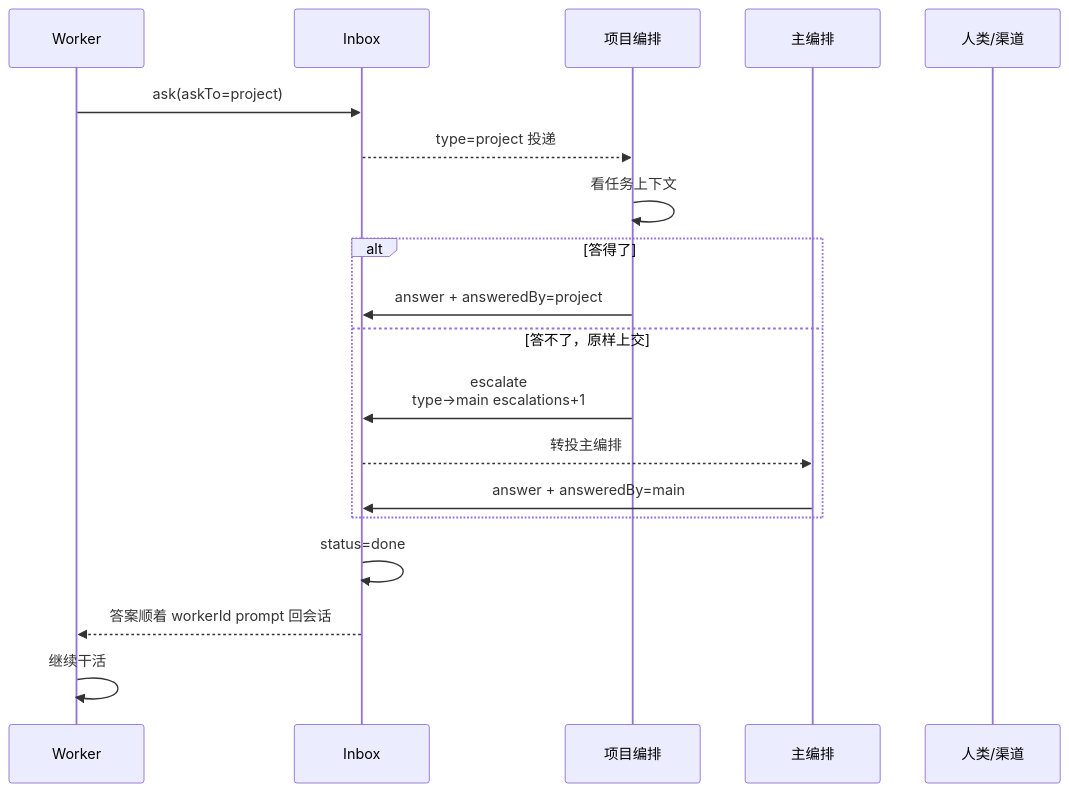
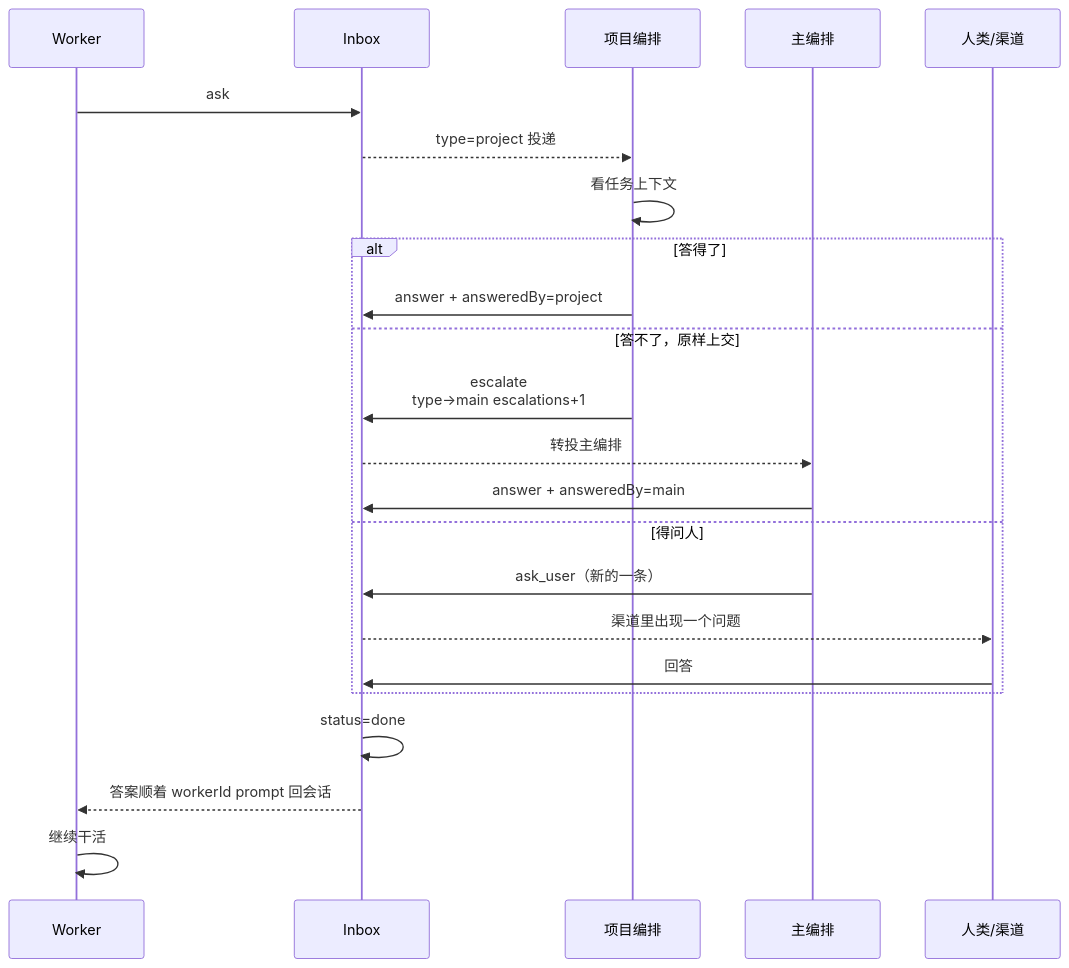
The ninth of 18 diagrams in docs/flow.md (hairyf/dsh-nexus), drawn with Mermaid before and after one commit. The commit also changed other lines of this file and 7 other files, not shown here.

````diff
--- a/docs/flow.md
+++ b/docs/flow.md
@@ -280,22 +300,26 @@
 ```mermaid
 sequenceDiagram
     participant W as Worker
     participant DB as Inbox
     participant P as 项目编排
     participant M as 主编排
     participant U as 人类/渠道
 
-    W->>DB: ask(askTo=project)
+    W->>DB: ask
     DB-->>P: type=project 投递
     P->>P: 看任务上下文
     alt 答得了
         P->>DB: answer + answeredBy=project
     else 答不了，原样上交
         P->>DB: escalate<br/>type→main escalations+1
         DB-->>M: 转投主编排
         M->>DB: answer + answeredBy=main
+    else 得问人
+        M->>DB: ask_user（新的一条）
+        DB-->>U: 渠道里出现一个问题
+        U->>DB: 回答
     end
     DB->>DB: status=done
     DB-->>W: 答案顺着 workerId prompt 回会话
     W->>W: 继续干活
 ```
````
